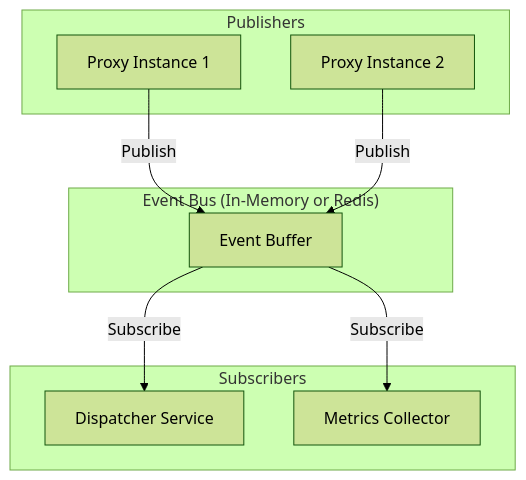
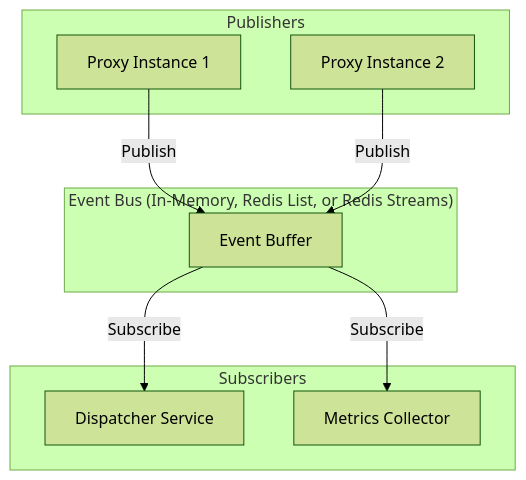
One commit to sofatutor/llm-proxy changed the first of 3 diagrams in internal/eventbus/README.md. Above: the diagram before and after it, drawn with Mermaid (forest theme). The commit also changed other lines of this file, not shown here.

First line of the commit message:
docs: update eventbus README with Redis Streams documentation

````diff
--- a/internal/eventbus/README.md
+++ b/internal/eventbus/README.md
@@ -15,21 +16,21 @@
 ```mermaid
 flowchart TB
     subgraph Publishers
         P1[Proxy Instance 1]
         P2[Proxy Instance 2]
     end
     
-    subgraph EventBus["Event Bus (In-Memory or Redis)"]
+    subgraph EventBus["Event Bus (In-Memory, Redis List, or Redis Streams)"]
         Buffer[Event Buffer]
     end
     
     subgraph Subscribers
         D[Dispatcher Service]
         M[Metrics Collector]
     end
     
     P1 -->|Publish| Buffer
     P2 -->|Publish| Buffer
     Buffer -->|Subscribe| D
     Buffer -->|Subscribe| M
 ```
````
